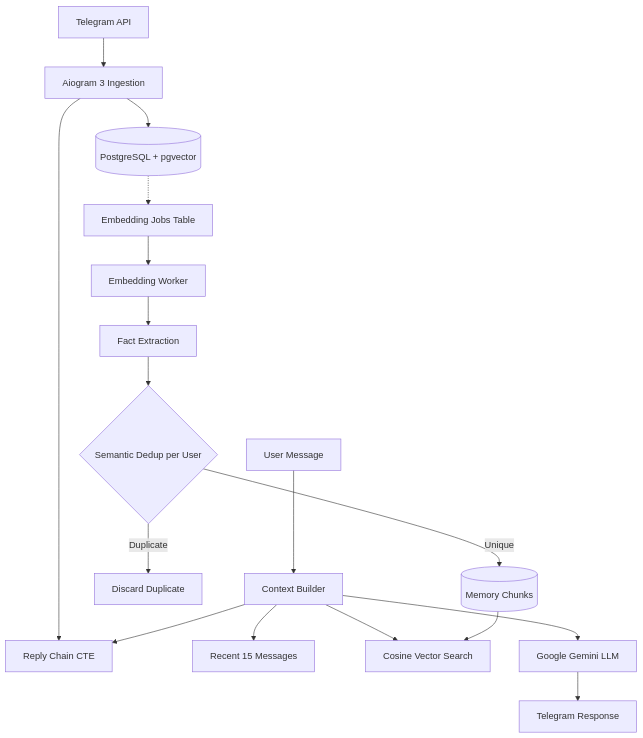
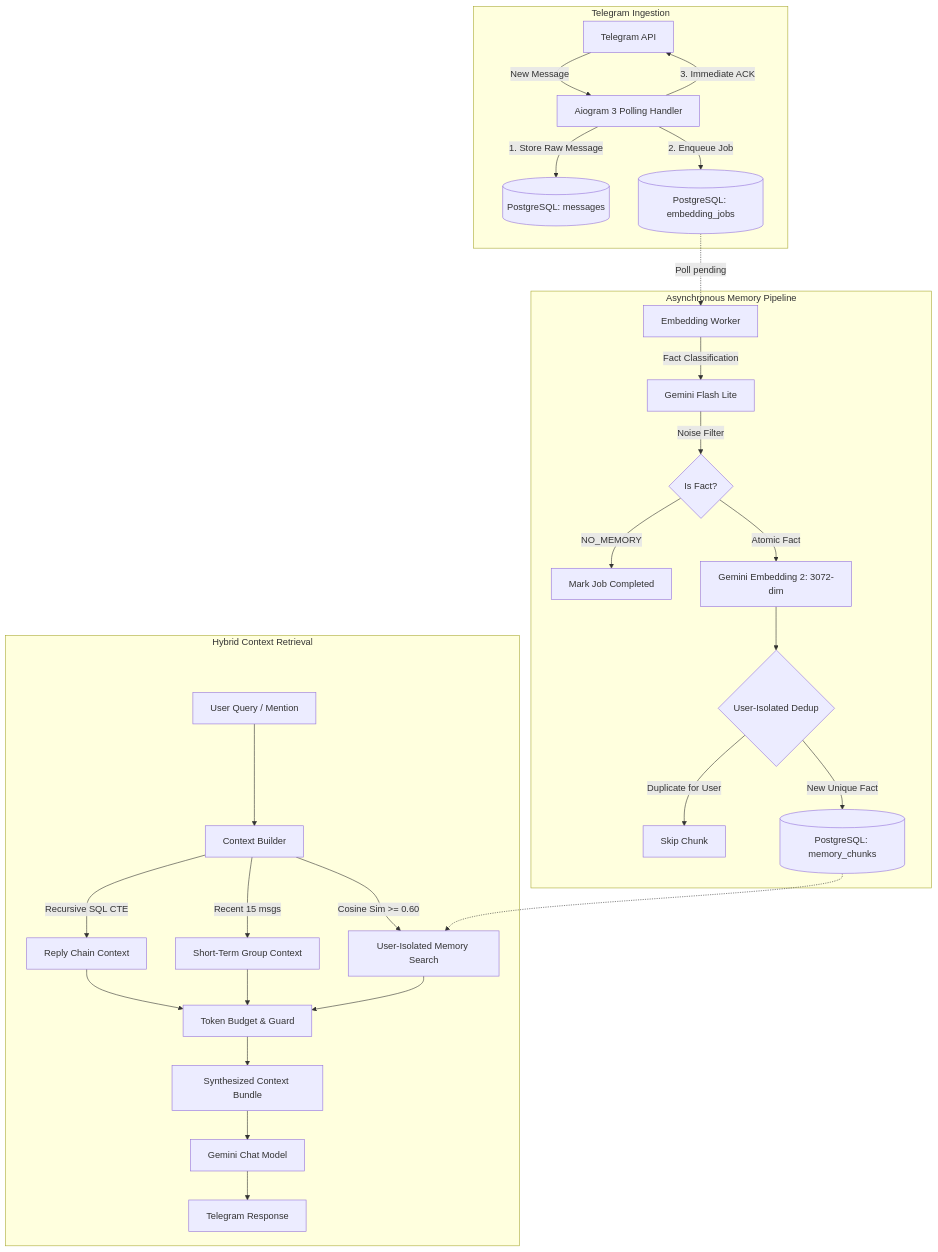
Before and after one commit to MOneK292/chatbot-showcase: the diagram in README.md, drawn with Mermaid. The commit also changed other lines of this file and 4 other files, not shown here.

````diff
--- a/README.md
+++ b/README.md
@@ -31,22 +27,32 @@
 ```mermaid
 flowchart TD
-    TG[Telegram API] --> Ingest[Aiogram 3 Ingestion]
-    Ingest --> DB[(PostgreSQL + pgvector)]
-    Ingest --> Reply[Reply Chain CTE]
-    
-    DB -.-> JobQueue[Embedding Jobs Table]
-    JobQueue --> Worker[Embedding Worker]
-    Worker --> LLMExtract[Fact Extraction]
-    LLMExtract --> Dedup{Semantic Dedup per User}
-    Dedup -->|Unique| MemoryStore[(Memory Chunks)]
-    Dedup -->|Duplicate| Skip[Discard Duplicate]
-    
-    UserQuery[User Message] --> ContextBuilder[Context Builder]
-    ContextBuilder --> Reply
-    ContextBuilder --> ShortTerm[Recent 15 Messages]
-    ContextBuilder --> VectorSearch[Cosine Vector Search]
-    MemoryStore --> VectorSearch
-    
-    ContextBuilder --> LLM[Google Gemini LLM]
-    LLM --> Response[Telegram Response]
+    subgraph Telegram Ingestion
+        TG[Telegram API] -->|New Message| Ingest[Aiogram 3 Polling Handler]
+        Ingest -->|1. Store Raw Message| DB_Msg[(PostgreSQL: messages)]
+        Ingest -->|2. Enqueue Job| DB_Jobs[(PostgreSQL: embedding_jobs)]
+        Ingest -->|3. Immediate ACK| TG
+    end
+
+    subgraph Asynchronous Memory Pipeline
+        DB_Jobs -.->|Poll pending| Worker[Embedding Worker]
+        Worker -->|Fact Classification| FlashLLM[Gemini Flash Lite]
+        FlashLLM -->|Noise Filter| Filter{Is Fact?}
+        Filter -->|NO_MEMORY| Complete[Mark Job Completed]
+        Filter -->|Atomic Fact| Embed[Gemini Embedding 2: 3072-dim]
+        Embed --> Dedup{User-Isolated Dedup}
+        Dedup -->|Duplicate for User| Skip[Skip Chunk]
+        Dedup -->|New Unique Fact| SaveChunk[(PostgreSQL: memory_chunks)]
+    end
+
+    subgraph Hybrid Context Retrieval
+        UserQuery[User Query / Mention] --> CB[Context Builder]
+        CB -->|Recursive SQL CTE| Thread[Reply Chain Context]
+        CB -->|Recent 15 msgs| History[Short-Term Group Context]
+        CB -->|Cosine Sim >= 0.60| Search[User-Isolated Memory Search]
+        SaveChunk -.-> Search
+        Thread & History & Search --> TokenGuard[Token Budget & Guard]
+        TokenGuard --> FinalPrompt[Synthesized Context Bundle]
+        FinalPrompt --> Gemini[Gemini Chat Model]
+        Gemini --> Response[Telegram Response]
+    end
 ```
````
